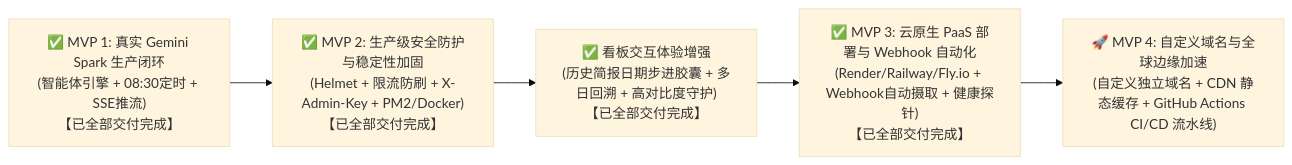
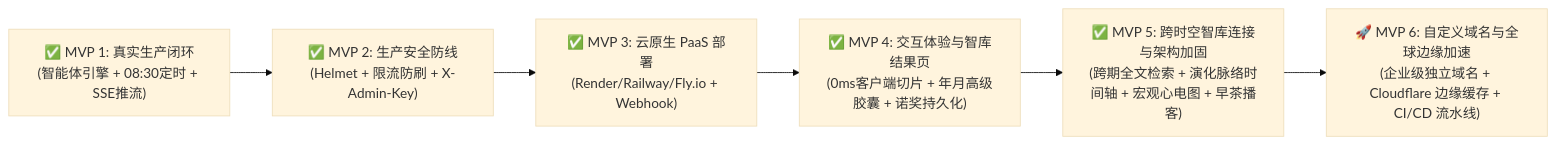
Before and after one commit to Shawn-cz/gemini-spark-news: the second of 2 diagrams in HANDOVER.md, drawn with Mermaid (base theme). The commit also changed other lines of this file and 1 other file, not shown here.

Commit message:
docs(handover): update archive with MVP 5 cross-temporal intelligence and hardening verification

````diff
--- a/HANDOVER.md
+++ b/HANDOVER.md
@@ -343,4 +352,8 @@
 ```mermaid
 flowchart LR
-    MVP1["✅ MVP 1: 真实 Gemini Spark 生产闭环\n(智能体引擎 + 08:30定时 + SSE推流)\n【已全部交付完成】"] --> MVP2["✅ MVP 2: 生产级安全防护与稳定性加固\n(Helmet + 限流防刷 + X-Admin-Key + PM2/Docker)\n【已全部交付完成】"] --> FEATURE3["✅ 看板交互体验增强\n(历史简报日期步进胶囊 + 多日回溯 + 高对比度守护)\n【已全部交付完成】"] --> MVP3["✅ MVP 3: 云原生 PaaS 部署与 Webhook 自动化\n(Render/Railway/Fly.io + Webhook自动摄取 + 健康探针)\n【已全部交付完成】"] --> MVP4["🚀 MVP 4: 自定义域名与全球边缘加速\n(自定义独立域名 + CDN 静态缓存 + GitHub Actions CI/CD 流水线)"]
+    MVP1["✅ MVP 1: 真实生产闭环\n(智能体引擎 + 08:30定时 + SSE推流)"] --> MVP2["✅ MVP 2: 生产安全防线\n(Helmet + 限流防刷 + X-Admin-Key)"]
+    MVP2 --> MVP3["✅ MVP 3: 云原生 PaaS 部署\n(Render/Railway/Fly.io + Webhook)"]
+    MVP3 --> MVP4["✅ MVP 4: 交互体验与智库结果页\n(0ms客户端切片 + 年月高级胶囊 + 诺奖持久化)"]
+    MVP4 --> MVP5["✅ MVP 5: 跨时空智库连接与架构加固\n(跨期全文检索 + 演化脉络时间轴 + 宏观心电图 + 早茶播客)"]
+    MVP5 --> MVP6["🚀 MVP 6: 自定义域名与全球边缘加速\n(企业级独立域名 + Cloudflare 边缘缓存 + CI/CD 流水线)"]
 ```
````
